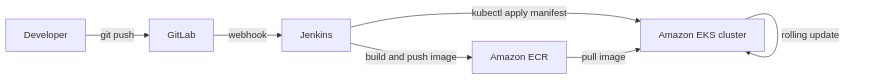
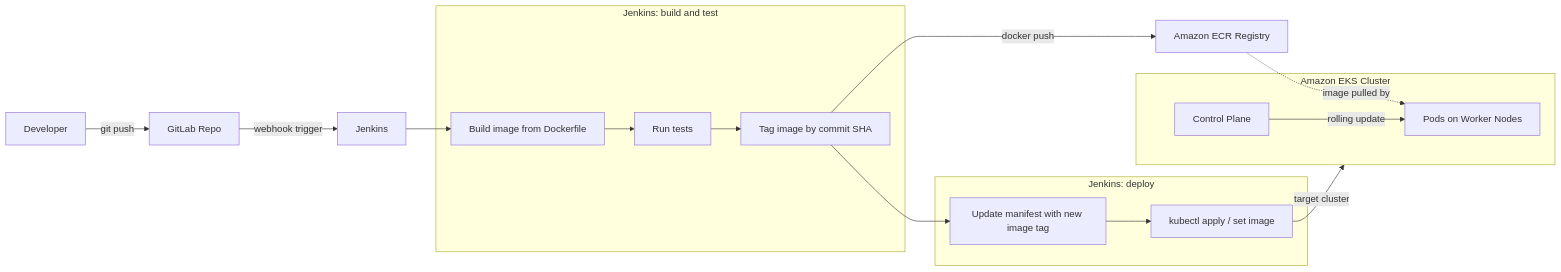
One commit to maroowe-wan/maroowe-wan.github.io changed the diagram in courses/devops-pipeline-eks/lectures/01_eks-pipeline-overview/content.en.md. Above: the diagram before and after it, drawn with Mermaid. The commit also changed other lines of this file and 202 other files, not shown here.

````diff
--- a/courses/devops-pipeline-eks/lectures/01_eks-pipeline-overview/content.en.md
+++ b/courses/devops-pipeline-eks/lectures/01_eks-pipeline-overview/content.en.md
@@ -65,15 +59,25 @@
-```mermaid End-to-end EKS deployment pipeline
+```mermaid End-to-end EKS deployment pipeline from git push to running Pods
 flowchart LR
-    Dev[Developer]
-    GL[GitLab]
-    JK[Jenkins]
-    ECR[Amazon ECR]
-    EKS[Amazon EKS cluster]
+    Dev[Developer] -->|git push| GitLab[GitLab Repo]
+    GitLab -->|webhook trigger| Jenkins[Jenkins]
 
-    Dev -->|git push| GL
-    GL -->|webhook| JK
-    JK -->|build and push image| ECR
-    JK -->|kubectl apply manifest| EKS
-    ECR -->|pull image| EKS
-    EKS -->|rolling update| EKS
+    subgraph CI["Jenkins: build and test"]
+        Build[Build image from Dockerfile] --> Test[Run tests]
+        Test --> Tag[Tag image by commit SHA]
+    end
+
+    Jenkins --> Build
+    Tag -->|docker push| ECR[Amazon ECR Registry]
+
+    subgraph CD["Jenkins: deploy"]
+        Manifest[Update manifest with new image tag] --> Apply[kubectl apply / set image]
+    end
+
+    Tag --> Manifest
+    ECR -.image pulled by.-> Pods
+    Apply -->|target cluster| EKS
+
+    subgraph EKS["Amazon EKS Cluster"]
+        ControlPlane[Control Plane] -->|rolling update| Pods[Pods on Worker Nodes]
+    end
 ```
````
